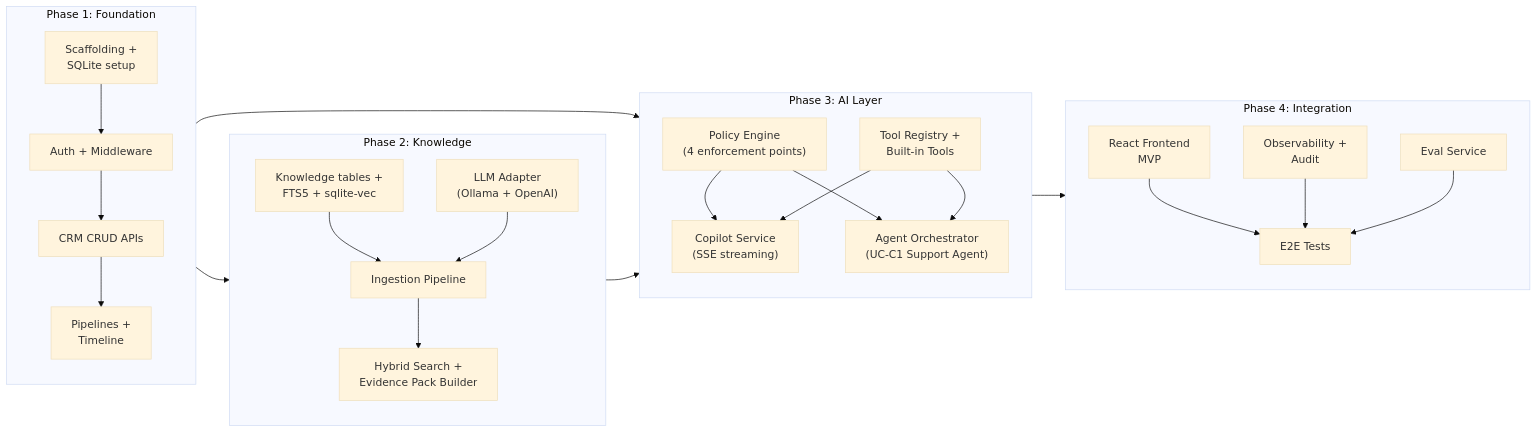
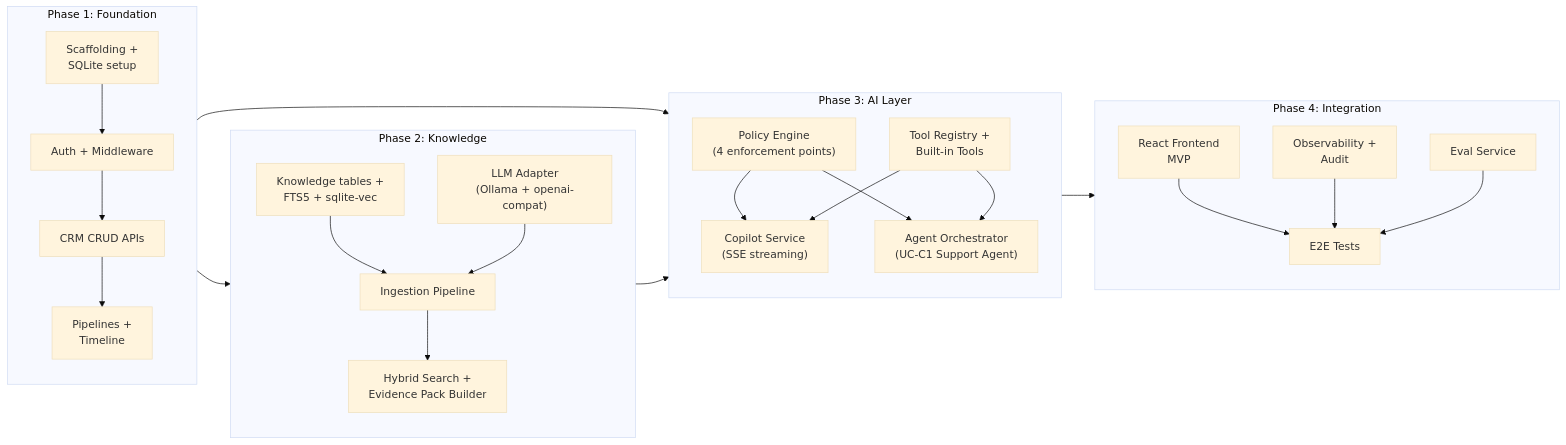
Before and after one commit to krukmat/fenix: diagram 11 of 12 in docs/architecture.md, drawn with Mermaid (base theme). The commit also changed other lines of this file and 11 other files, not shown here.

````diff
--- a/docs/architecture.md
+++ b/docs/architecture.md
@@ -1279,46 +1318,46 @@
 ```mermaid
 flowchart LR
     subgraph P1["Phase 1: Foundation"]
         P1A["Scaffolding +<br/>SQLite setup"]
         P1B["Auth + Middleware"]
         P1C["CRM CRUD APIs"]
         P1D["Pipelines +<br/>Timeline"]
         P1A --> P1B --> P1C --> P1D
     end
 
     subgraph P2["Phase 2: Knowledge"]
         P2A["Knowledge tables +<br/>FTS5 + sqlite-vec"]
-        P2B["LLM Adapter<br/>(Ollama + OpenAI)"]
+        P2B["LLM Adapter<br/>(Ollama + openai-compat)"]
         P2C["Ingestion Pipeline"]
         P2D["Hybrid Search +<br/>Evidence Pack Builder"]
         P2A --> P2C
         P2B --> P2C
         P2C --> P2D
     end
 
     subgraph P3["Phase 3: AI Layer"]
         P3A["Policy Engine<br/>(4 enforcement points)"]
         P3B["Tool Registry +<br/>Built-in Tools"]
         P3C["Copilot Service<br/>(SSE streaming)"]
         P3D["Agent Orchestrator<br/>(UC-C1 Support Agent)"]
         P3A --> P3C
         P3A --> P3D
         P3B --> P3C
         P3B --> P3D
     end
 
     subgraph P4["Phase 4: Integration"]
         P4A["React Frontend<br/>MVP"]
         P4B["Observability +<br/>Audit"]
         P4C["Eval Service"]
         P4D["E2E Tests"]
         P4A --> P4D
         P4B --> P4D
         P4C --> P4D
     end
 
     P1 --> P2
     P1 --> P3
     P2 --> P3
     P3 --> P4
 ```
````
